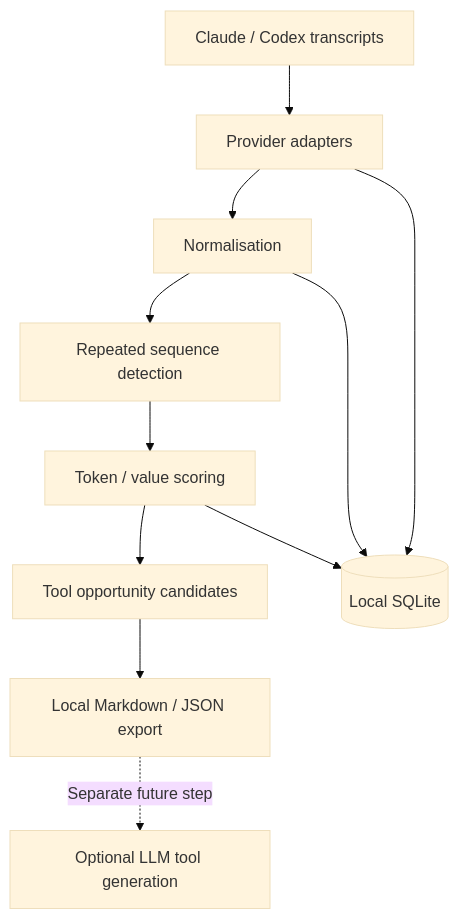
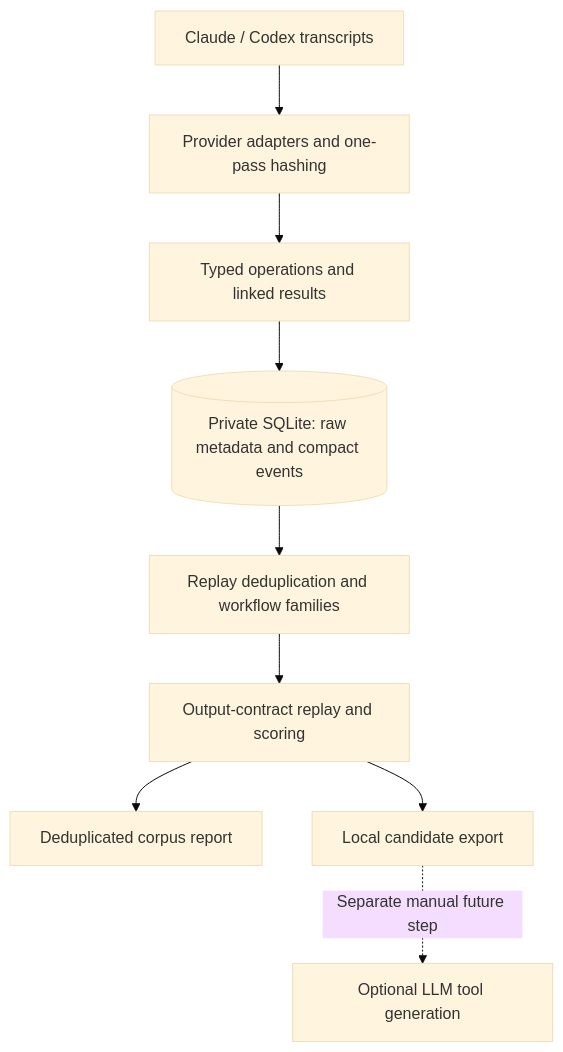
The diagram in README.md (matthewcosier/transcript-tool-miner), drawn with Mermaid (base theme) before and after one commit. The commit also changed other lines of this file and 1 other file, not shown here.

Commit message:
docs: document local savings analysis and verification

````diff
--- a/README.md
+++ b/README.md
@@ -73,13 +115,11 @@
 ```mermaid
 flowchart TD
-    A[Claude / Codex transcripts] --> B[Provider adapters]
-    B --> C[Normalisation]
-    C --> D[Repeated sequence detection]
-    D --> E[Token / value scoring]
-    E --> F[Tool opportunity candidates]
-    F --> G[Local Markdown / JSON export]
-    G -. Separate future step .-> H[Optional LLM tool generation]
-    B --> S[(Local SQLite)]
-    C --> S
-    E --> S
+    A[Claude / Codex transcripts] --> B[Provider adapters and one-pass hashing]
+    B --> C[Typed operations and linked results]
+    C --> D[(Private SQLite: raw metadata and compact events)]
+    D --> E[Replay deduplication and workflow families]
+    E --> F[Output-contract replay and scoring]
+    F --> G[Deduplicated corpus report]
+    F --> H[Local candidate export]
+    H -. Separate manual future step .-> I[Optional LLM tool generation]
 ```
````
